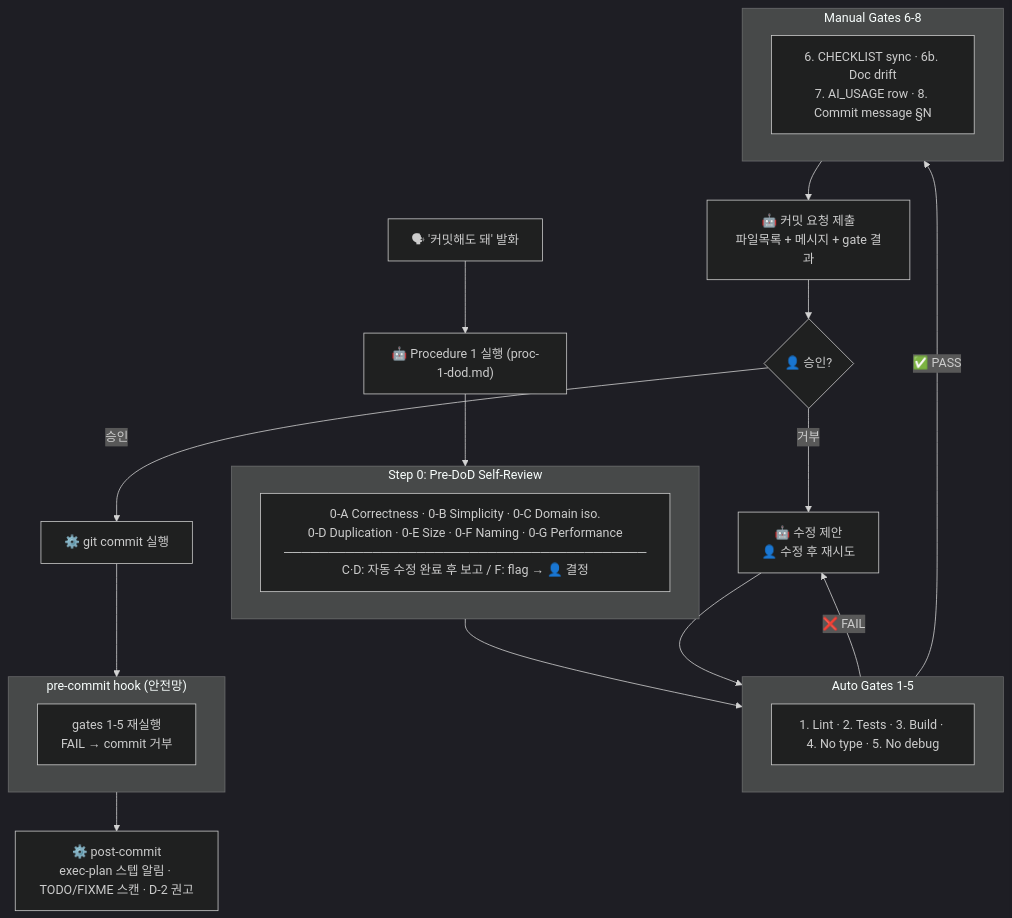
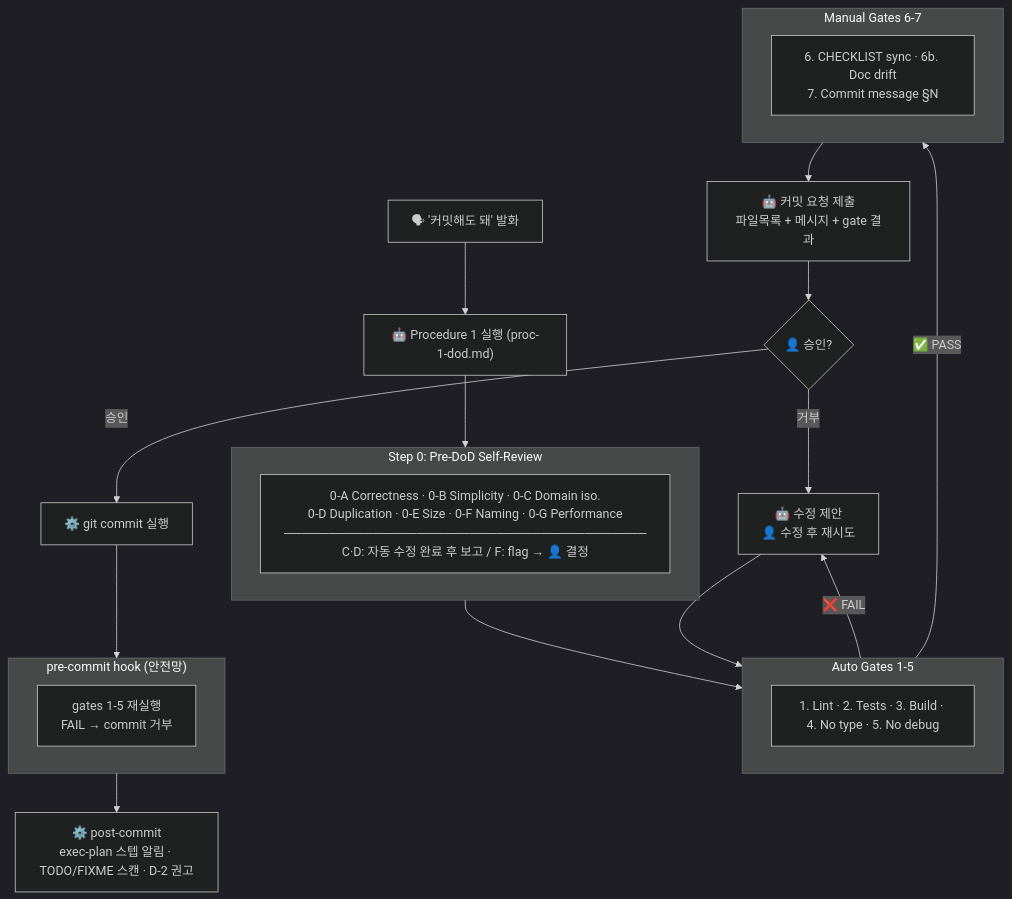
Before and after one commit to JayKim88/craft-kit: the fourth of 7 diagrams in docs/GUIDE.md, drawn with Mermaid (dark theme). The commit also changed other lines of this file and 12 other files, not shown here.

First line of the commit message:
chore(kit): remove AI_USAGE.md and sync gate/procedure counts [§-]

````diff
--- a/docs/GUIDE.md
+++ b/docs/GUIDE.md
@@ -100,38 +100,38 @@
 ```mermaid
 flowchart TD
     Trigger["🗣 '커밋해도 돼' 발화"]
     Proc1["🤖 Procedure 1 실행 (proc-1-dod.md)"]
 
     subgraph sr["Step 0: Pre-DoD Self-Review"]
         direction LR
         SR["0-A Correctness · 0-B Simplicity · 0-C Domain iso.\n0-D Duplication · 0-E Size · 0-F Naming · 0-G Performance\n─────────────────────────────────────────\nC·D: 자동 수정 완료 후 보고 / F: flag → 👤 결정"]
     end
 
     subgraph ag["Auto Gates 1-5"]
         direction LR
         AG["1. Lint · 2. Tests · 3. Build · 4. No type · 5. No debug"]
     end
 
-    subgraph mg["Manual Gates 6-8"]
+    subgraph mg["Manual Gates 6-7"]
         direction LR
-        MG["6. CHECKLIST sync · 6b. Doc drift\n7. AI_USAGE row · 8. Commit message §N"]
+        MG["6. CHECKLIST sync · 6b. Doc drift\n7. Commit message §N"]
     end
 
     Fix["🤖 수정 제안\n👤 수정 후 재시도"]
     Submit["🤖 커밋 요청 제출\n파일목록 + 메시지 + gate 결과"]
     Approve{"👤 승인?"}
     Commit["⚙️ git commit 실행"]
 
     subgraph hook["pre-commit hook (안전망)"]
         direction LR
         HC["gates 1-5 재실행\nFAIL → commit 거부"]
     end
 
     Post["⚙️ post-commit\nexec-plan 스텝 알림 · TODO/FIXME 스캔 · D-2 권고"]
 
     Trigger --> Proc1 --> sr --> ag
     ag -- "❌ FAIL" --> Fix --> ag
     ag -- "✅ PASS" --> mg --> Submit --> Approve
     Approve -- "거부" --> Fix
     Approve -- "승인" --> Commit --> hook --> Post
 ```
````
